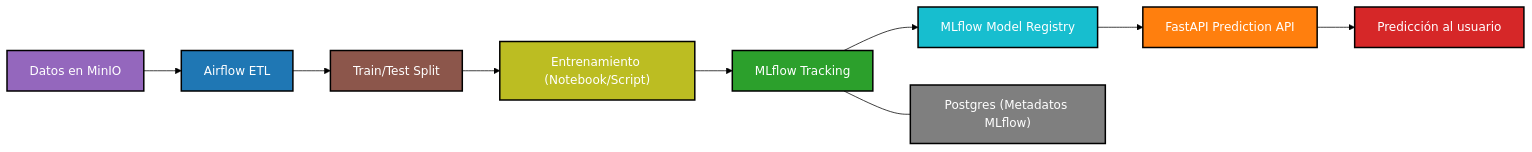
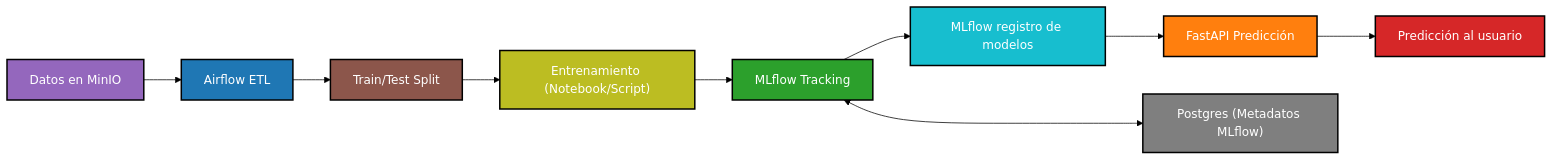
Before and after one commit to DanteMendoza/AP_2025_B3_TP2_Mendoza_Dante: the second of 3 diagrams in README.md, drawn with Mermaid (forest theme). The commit also changed other lines of this file, not shown here.

````diff
--- a/README.md
+++ b/README.md
@@ -34,24 +35,24 @@
 ```mermaid
 flowchart LR
     A["Datos en MinIO"] --> B["Airflow ETL"]
     B --> C["Train/Test Split"]
     C --> D["Entrenamiento (Notebook/Script)"]
     D --> E["MLflow Tracking"]
-    E --> F["MLflow Model Registry"]
-    F --> G["FastAPI Prediction API"]
+    E --> F["MLflow registro de modelos"]
+    F --> G["FastAPI Predicción"]
     G --> H["Predicción al usuario"]
 
     %% Integración con Postgres
-    E --- I["Postgres (Metadatos MLflow)"]
+    E <---> I["Postgres (Metadatos MLflow)"]
 
     %% Estilos
     style A fill:#9467bd,stroke:#000,stroke-width:2px,color:#fff
     style B fill:#1f77b4,stroke:#000,stroke-width:2px,color:#fff
     style C fill:#8c564b,stroke:#000,stroke-width:2px,color:#fff
     style D fill:#bcbd22,stroke:#000,stroke-width:2px,color:#fff
     style E fill:#2ca02c,stroke:#000,stroke-width:2px,color:#fff
     style F fill:#17becf,stroke:#000,stroke-width:2px,color:#fff
     style G fill:#ff7f0e,stroke:#000,stroke-width:2px,color:#fff
     style H fill:#d62728,stroke:#000,stroke-width:2px,color:#fff
     style I fill:#7f7f7f,stroke:#000,stroke-width:2px,color:#fff
 ```
````
